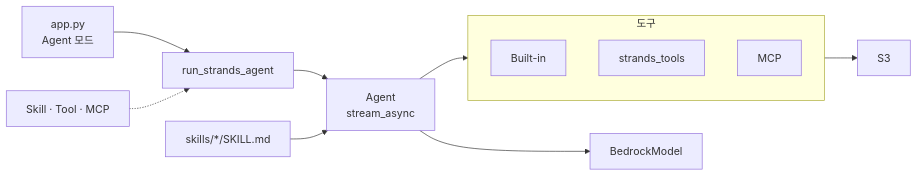
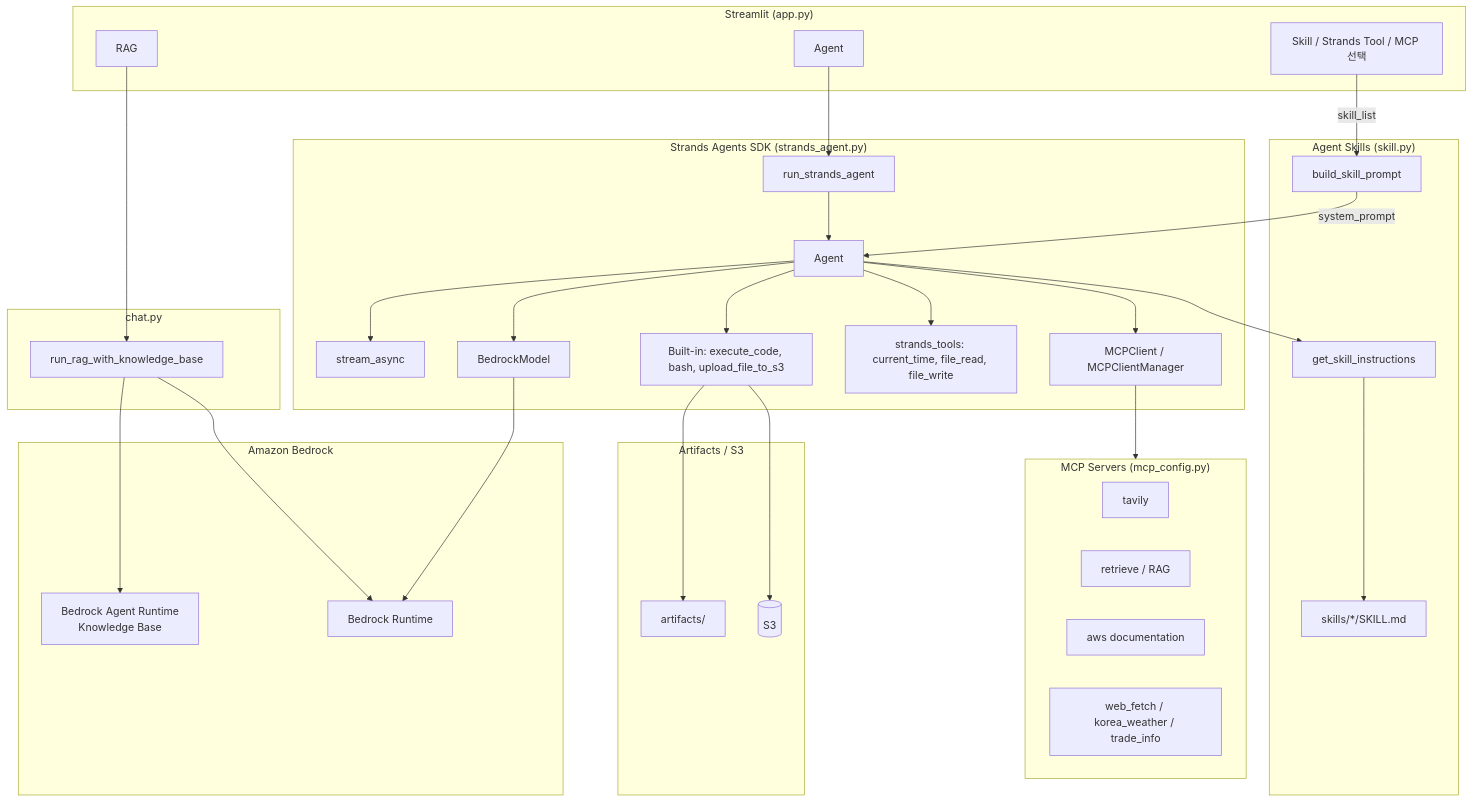
The diagram in README.md (kyopark2014/sam-project), drawn with Mermaid before and after one commit. The commit also changed other lines of this file, not shown here.

````diff
--- a/README.md
+++ b/README.md
@@ -27,19 +27,66 @@
 ```mermaid
-flowchart LR
-  UI["app.py<br/>Agent 모드"] --> RSA["run_strands_agent"]
-  SK["Skill · Tool · MCP"] -.-> RSA
-
-  RSA --> A["Agent<br/>stream_async"]
-  A --> BR["BedrockModel"]
-  A --> Tools
-
-  subgraph Tools["도구"]
-    direction TB
-    B["Built-in"]
-    S["strands_tools"]
-    M["MCP"]
+flowchart TB
+  subgraph UI["Streamlit (app.py)"]
+    M2[RAG]
+    M3[Agent]
+    SKUI[Skill / Strands Tool / MCP 선택]
   end
 
-  skill["skills/*/SKILL.md"] --> A
-  B --> S3["S3"]
+  subgraph Chat["chat.py"]
+    RAG[run_rag_with_knowledge_base]
+  end
+
+  subgraph LLM["Amazon Bedrock"]
+    BR[Bedrock Runtime]
+    BKB[Bedrock Agent Runtime<br/>Knowledge Base]
+  end
+
+  subgraph Skills["Agent Skills (skill.py)"]
+    SRC["skills/*/SKILL.md"]
+    BSP[build_skill_prompt]
+    GSI[get_skill_instructions]
+  end
+
+  subgraph StrandsStack["Strands Agents SDK (strands_agent.py)"]
+    RSA[run_strands_agent]
+    A[Agent]
+    SA[stream_async]
+    BM[BedrockModel]
+    BT["Built-in: execute_code, bash, upload_file_to_s3"]
+    ST["strands_tools: current_time, file_read, file_write"]
+    MCP[MCPClient / MCPClientManager]
+  end
+
+  subgraph MCPServers["MCP Servers (mcp_config.py)"]
+    T[tavily]
+    R[retrieve / RAG]
+    AWS[aws documentation]
+    WF[web_fetch / korea_weather / trade_info]
+  end
+
+  subgraph Storage["Artifacts / S3"]
+    ART[artifacts/]
+    S3[(S3)]
+  end
+
+  M2 --> RAG
+  M3 --> RSA
+  SKUI -->|skill_list| BSP
+
+  RAG --> BKB
+  RAG --> BR
+
+  RSA --> A
+  A --> SA
+  A --> BM
+  BM --> BR
+  A --> BT
+  A --> ST
+  A --> MCP
+  A --> GSI
+  BSP -->|system_prompt| A
+  GSI --> SRC
+  MCP --> MCPServers
+  BT --> ART
+  BT --> S3
 ```
````
